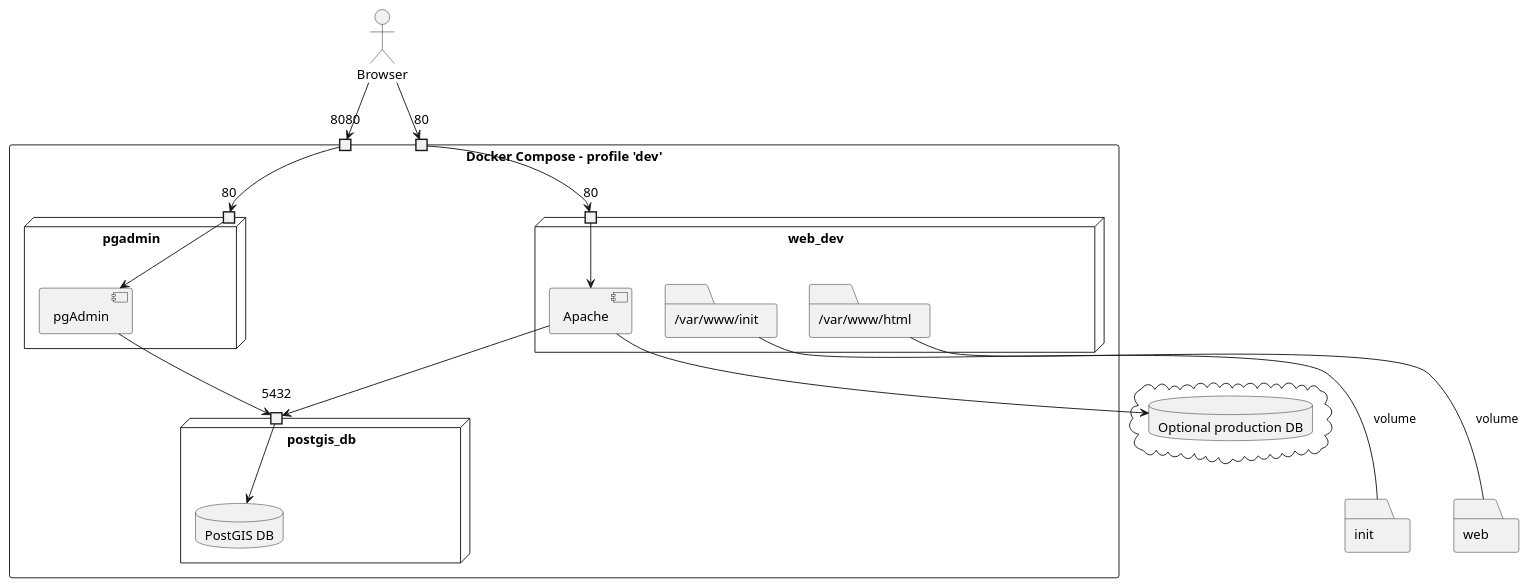
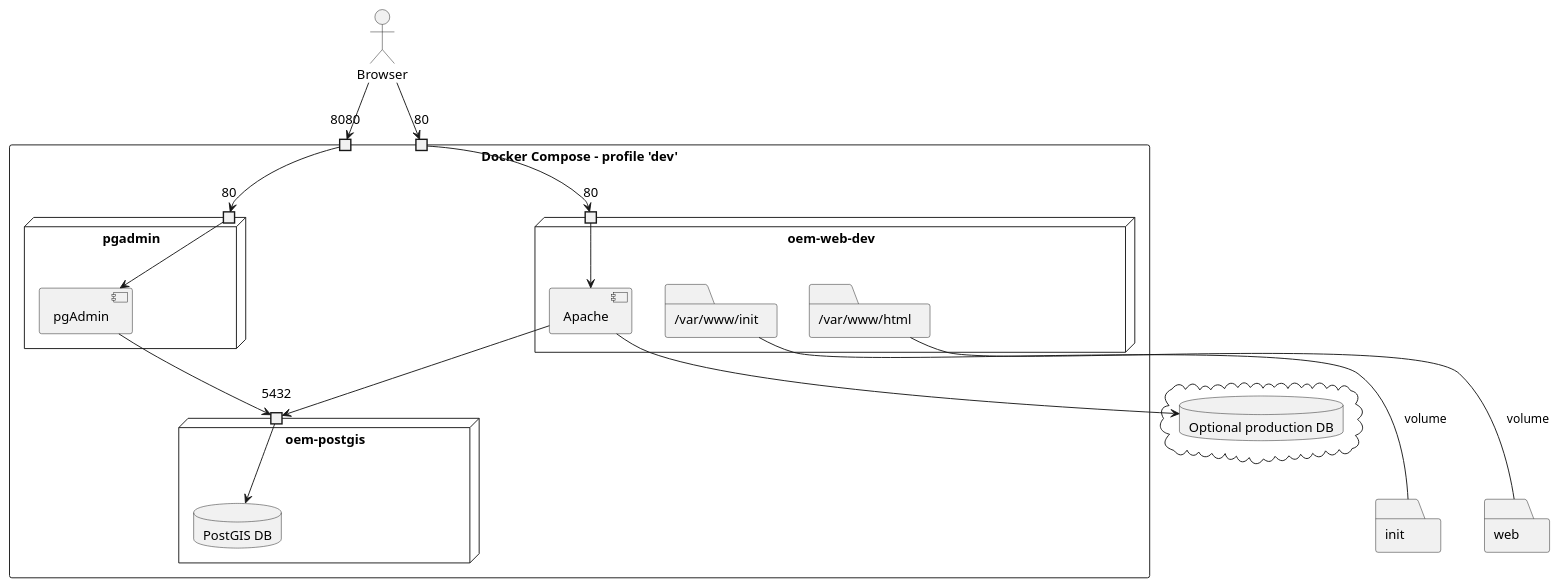
The diagram in images/dev_deployment.plantuml (Danysan1/osm-wikidata-map-framework), drawn with PlantUML before and after one commit. The commit also changed 12 other files, not shown here.

```diff
--- a/images/dev_deployment.plantuml
+++ b/images/dev_deployment.plantuml
@@ -1,46 +1,46 @@
 @startuml dev_deployment
 
 actor Browser
 rectangle "Docker Compose - profile 'dev'" as docker {
   port "8080" as 8080docker
   port "80" as 80docker
-  node postgis_db {
+  node "oem-postgis" {
     port 5432 as 5432db
     database "PostGIS DB" as db
   }
   node pgadmin {
     port "80" as 80pgAdmin
     component pgAdmin
   }
-  node web_dev {
+  node "oem-web-dev" {
     port "80" as 80webDev
     component Apache
     folder "/var/www/init" as initRem
     folder "/var/www/html" as webRem
   }
 
 }
 cloud {
   database "Optional production DB" as extDB
 }
 folder "init" as initLoc
 folder "web" as webLoc
 
 initRem --- initLoc : volume
 webRem --- webLoc : volume
 
 Apache --> 5432db
 Apache --> extDB
 pgAdmin --> 5432db
 
 Browser --> 80docker
 Browser --> 8080docker
 
 80docker --> 80webDev
 8080docker --> 80pgAdmin
 
 80webDev -> Apache
 5432db -> db
 80pgAdmin -> pgAdmin
 
 @enduml
```
